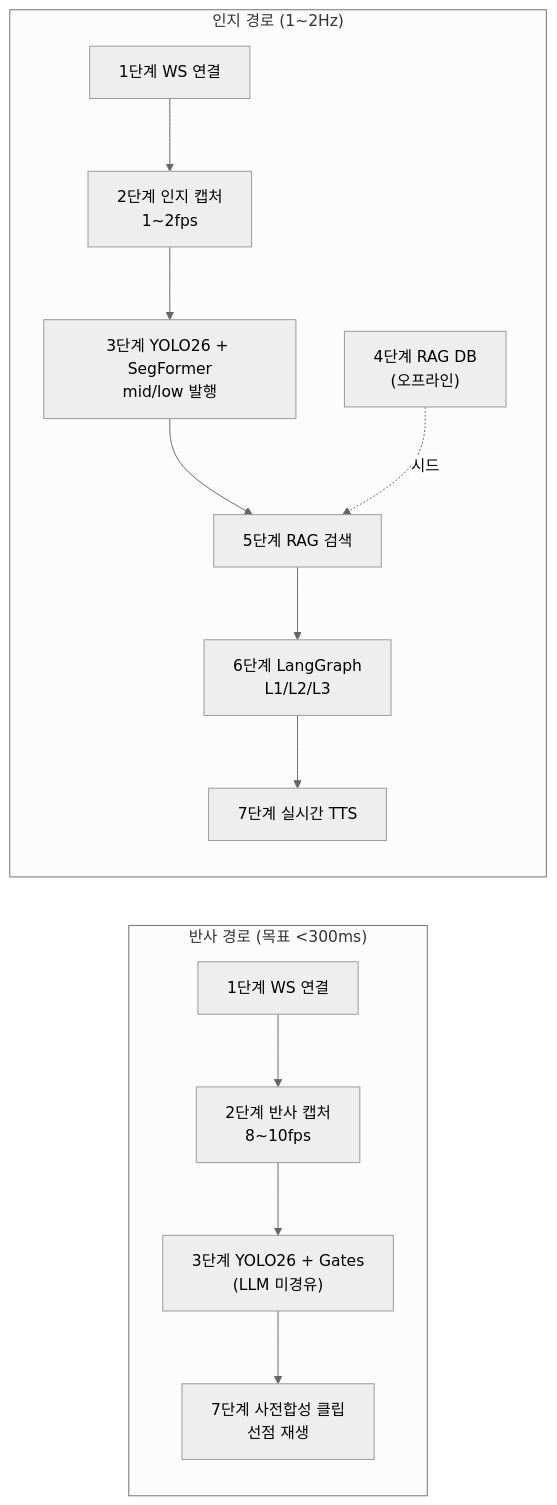
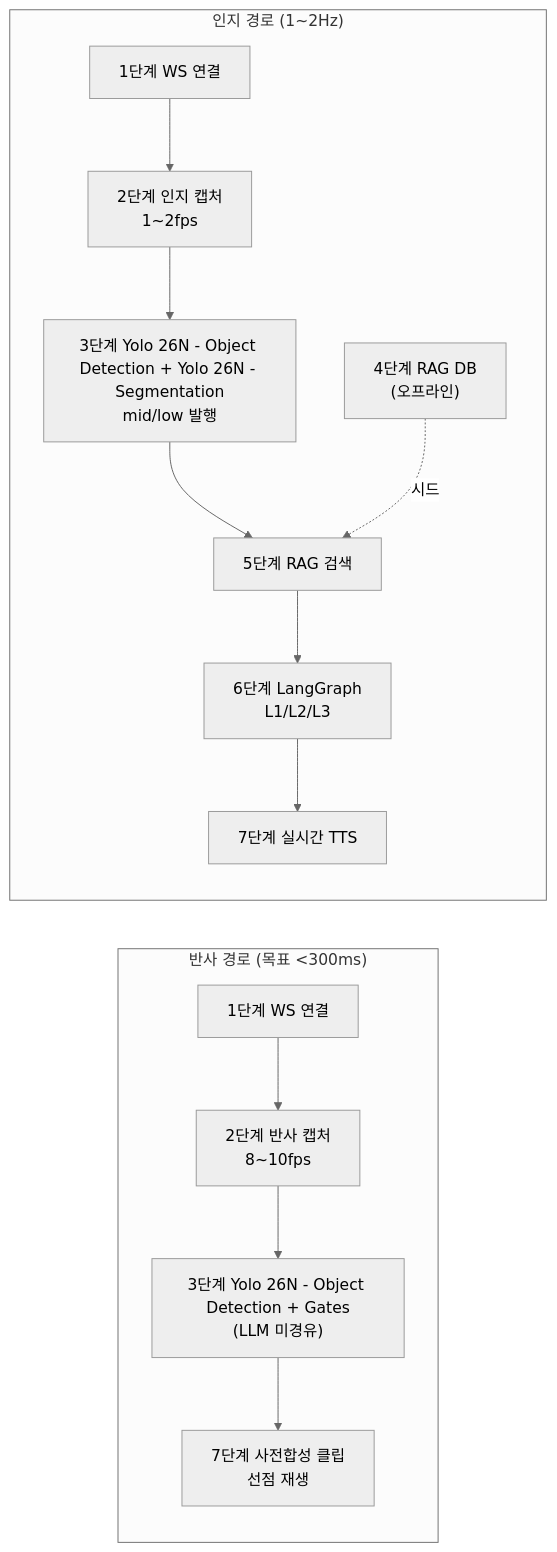
The diagram in docs/pipeline_stage_design.md (Groog-sudo/Minchodan), drawn with Mermaid (neutral theme) before and after one commit. The commit also changed other lines of this file and 26 other files, not shown here.

````diff
--- a/docs/pipeline_stage_design.md
+++ b/docs/pipeline_stage_design.md
@@ -17,23 +17,23 @@
 ```mermaid
 graph LR
     subgraph Reflex ["반사 경로 (목표 <300ms)"]
         R1["1단계 WS 연결"]
         R2["2단계 반사 캡처<br/>8~10fps"]
-        R3["3단계 YOLO26 + Gates<br/>(LLM 미경유)"]
+        R3["3단계 Yolo 26N - Object Detection + Gates<br/>(LLM 미경유)"]
         R7a["7단계 사전합성 클립<br/>선점 재생"]
         R1 --> R2 --> R3 --> R7a
     end
 
     subgraph Cognitive ["인지 경로 (1~2Hz)"]
         C1["1단계 WS 연결"]
         C2["2단계 인지 캡처<br/>1~2fps"]
-        C3["3단계 YOLO26 + SegFormer<br/>mid/low 발행"]
+        C3["3단계 Yolo 26N - Object Detection + Yolo 26N - Segmentation<br/>mid/low 발행"]
         C4["4단계 RAG DB<br/>(오프라인)"]
         C5["5단계 RAG 검색"]
         C6["6단계 LangGraph<br/>L1/L2/L3"]
         C7b["7단계 실시간 TTS"]
         C1 --> C2 --> C3 --> C5
         C4 -.->|"시드"| C5
         C5 --> C6 --> C7b
     end
 ```
````
